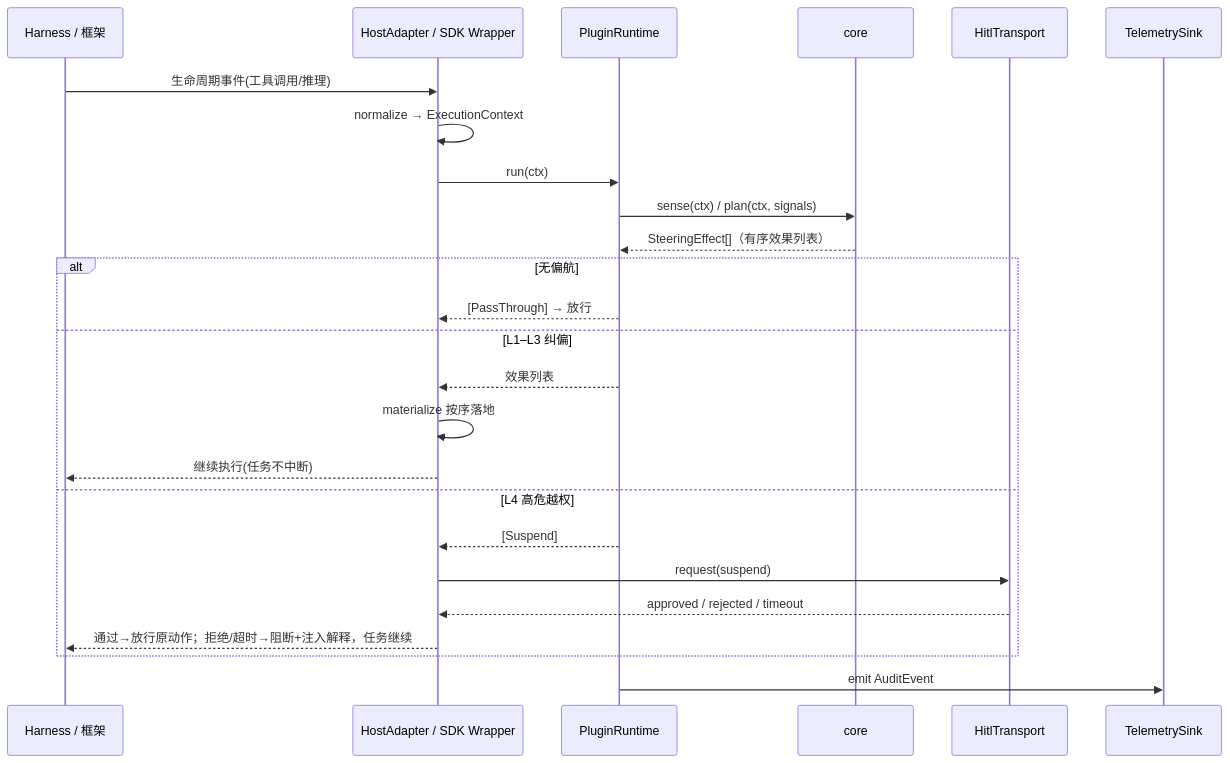
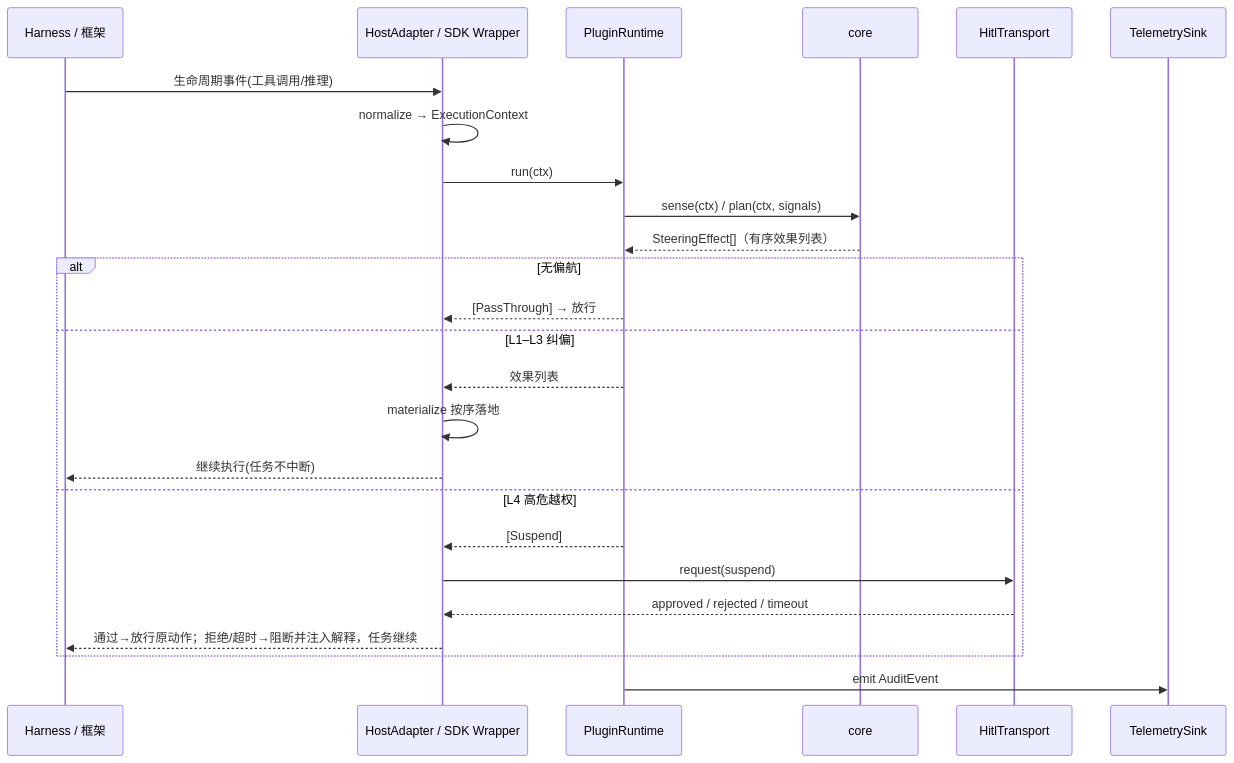
One commit to chaos-design/arcs changed the second of 3 diagrams in docs/architecture.md. Above: the diagram before and after it, drawn with Mermaid. The commit also changed 14 other files, not shown here.

````diff
--- a/docs/architecture.md
+++ b/docs/architecture.md
@@ -88,27 +88,27 @@
 ```mermaid
 sequenceDiagram
   participant H as Harness / 框架
   participant A as HostAdapter / SDK Wrapper
   participant RT as PluginRuntime
   participant K as core
   participant HL as HitlTransport
   participant T as TelemetrySink
   H->>A: 生命周期事件(工具调用/推理)
   A->>A: normalize → ExecutionContext
   A->>RT: run(ctx)
   RT->>K: sense(ctx) / plan(ctx, signals)
   K-->>RT: SteeringEffect[]（有序效果列表）
   alt 无偏航
     RT-->>A: [PassThrough] → 放行
   else L1–L3 纠偏
     RT-->>A: 效果列表
     A->>A: materialize 按序落地
     A-->>H: 继续执行(任务不中断)
   else L4 高危越权
     RT-->>A: [Suspend]
     A->>HL: request(suspend)
     HL-->>A: approved / rejected / timeout
-    A-->>H: 通过→放行原动作；拒绝/超时→阻断+注入解释，任务继续
+    A-->>H: 通过→放行原动作；拒绝/超时→阻断并注入解释，任务继续
   end
   RT->>T: emit AuditEvent
 ```
````
